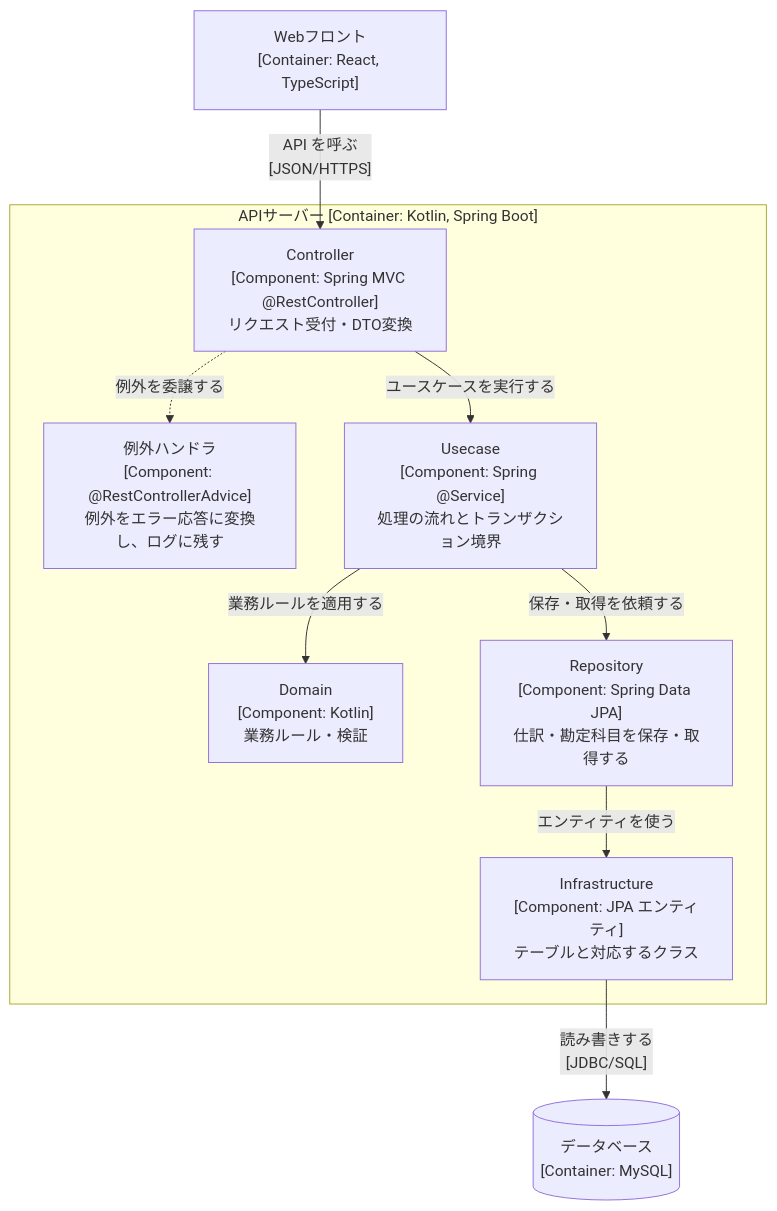
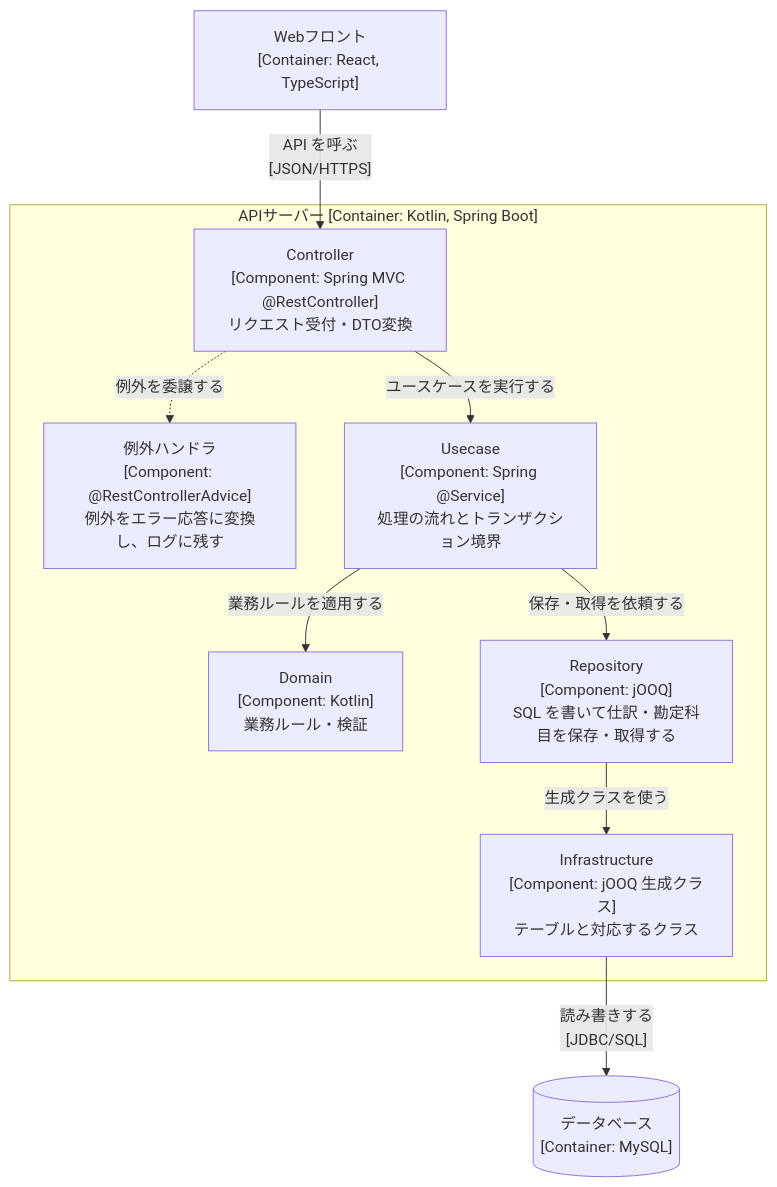
One commit to ayato-Ravenclaw/kansai_interns_onboarding_ayato_fujita changed the third of 3 diagrams in docs/c4-model.md. Above: the diagram before and after it, drawn with Mermaid. The commit also changed other lines of this file and 1 other file, not shown here.

Commit message:
Update architecture to use jOOQ instead of JPA
- Update C4 model to reflect jOOQ-based persistence layer
- Add decision 8: jOOQ with Flyway for persistence technology
- Update decision 6 to clarify separation from jOOQ generated classes

````diff
--- a/docs/c4-model.md
+++ b/docs/c4-model.md
@@ -51,20 +51,20 @@
 ```mermaid
 flowchart TB
   fe["Webフロント<br/>[Container: React, TypeScript]"]
   subgraph api["APIサーバー [Container: Kotlin, Spring Boot]"]
     ctrl["Controller<br/>[Component: Spring MVC @RestController]<br/>リクエスト受付・DTO変換"]
     handler["例外ハンドラ<br/>[Component: @RestControllerAdvice]<br/>例外をエラー応答に変換し、ログに残す"]
     uc["Usecase<br/>[Component: Spring @Service]<br/>処理の流れとトランザクション境界"]
     dom["Domain<br/>[Component: Kotlin]<br/>業務ルール・検証"]
-    repo["Repository<br/>[Component: Spring Data JPA]<br/>仕訳・勘定科目を保存・取得する"]
-    infra["Infrastructure<br/>[Component: JPA エンティティ]<br/>テーブルと対応するクラス"]
+    repo["Repository<br/>[Component: jOOQ]<br/>SQL を書いて仕訳・勘定科目を保存・取得する"]
+    infra["Infrastructure<br/>[Component: jOOQ 生成クラス]<br/>テーブルと対応するクラス"]
   end
   db[("データベース<br/>[Container: MySQL]")]
   fe -->|"API を呼ぶ<br/>[JSON/HTTPS]"| ctrl
   ctrl -->|"ユースケースを実行する"| uc
   ctrl -.->|"例外を委譲する"| handler
   uc -->|"業務ルールを適用する"| dom
   uc -->|"保存・取得を依頼する"| repo
-  repo -->|"エンティティを使う"| infra
+  repo -->|"生成クラスを使う"| infra
   infra -->|"読み書きする<br/>[JDBC/SQL]"| db
 ```
````
